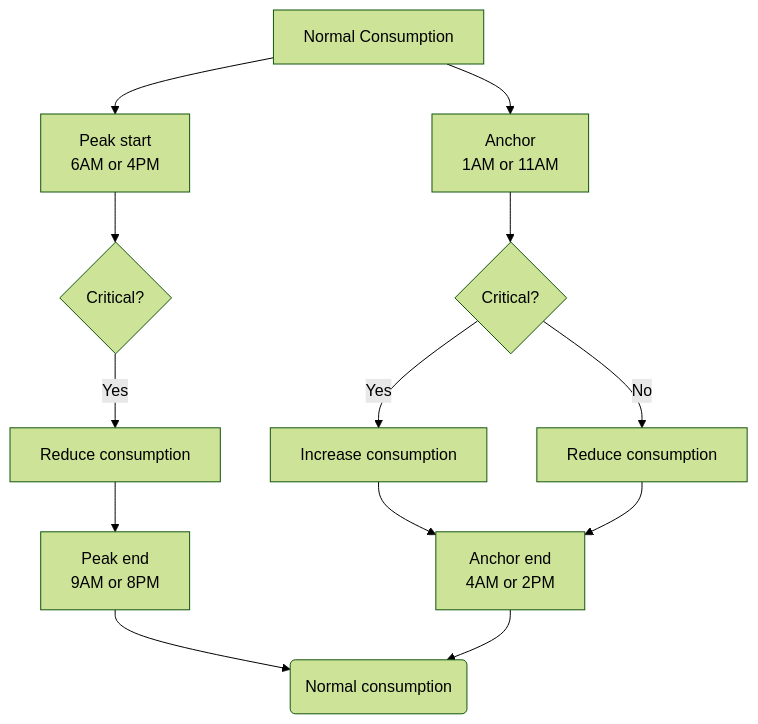
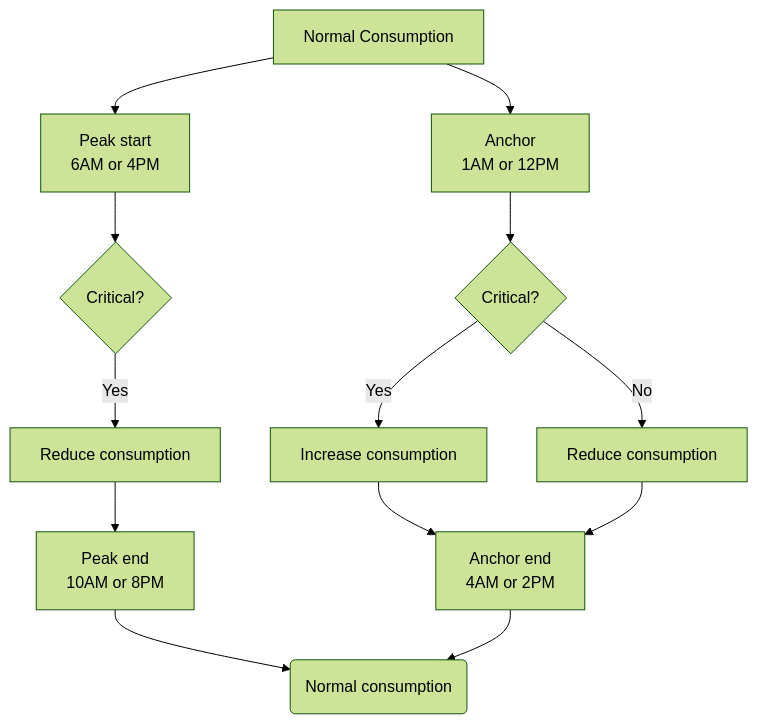
One commit to hydroqc/hydroqc.github.io changed the third of 3 diagrams in content/en/docs/Dynamic Pricing/Winter Credits/optimization-logics.md. Above: the diagram before and after it, drawn with Mermaid (forest theme). The commit also changed other lines of this file and 7 other files, not shown here.

````diff
--- a/content/en/docs/Dynamic Pricing/Winter Credits/optimization-logics.md
+++ b/content/en/docs/Dynamic Pricing/Winter Credits/optimization-logics.md
@@ -76,17 +81,17 @@
 ```mermaid
 graph TD
-	      NormalStart[Normal Consumption] -->PeakStart & AnchorStart
-	      PeakStart[Peak start<br/>6AM or 4PM] -->PeakCritical{Critical?}
-	      PeakCritical -->|Yes| PeakLowCon[Reduce consumption]
+       NormalStart[Normal Consumption] -->PeakStart & AnchorStart
+       PeakStart[Peak start<br/>6AM or 4PM] -->PeakCritical{Critical?}
+       PeakCritical -->|Yes| PeakLowCon[Reduce consumption]
 
 
-	      AnchorStart[Anchor<br/>1AM or 11AM] -->AnchorCritical{Critical?}
-	      AnchorCritical -->|No| AnchorLowCon[Reduce consumption]
-	      AnchorCritical -->|Yes| AnchorHighCon[Increase consumption]
+       AnchorStart[Anchor<br/>1AM or 12PM] -->AnchorCritical{Critical?}
+       AnchorCritical -->|No| AnchorLowCon[Reduce consumption]
+       AnchorCritical -->|Yes| AnchorHighCon[Increase consumption]
 
-	      PeakLowCon --> PeakEnd
-	      AnchorHighCon --> AnchorEnd
-	      AnchorLowCon --> AnchorEnd
-	      PeakEnd[Peak end<br/>9AM or 8PM] --> Normal
-	      AnchorEnd[Anchor end<br/>4AM or 2PM] --> Normal(Normal consumption)
+       PeakLowCon --> PeakEnd
+       AnchorHighCon --> AnchorEnd
+       AnchorLowCon --> AnchorEnd
+       PeakEnd[Peak end<br/>10AM or 8PM] --> Normal
+       AnchorEnd[Anchor end<br/>4AM or 2PM] --> Normal(Normal consumption)
 ```
````
